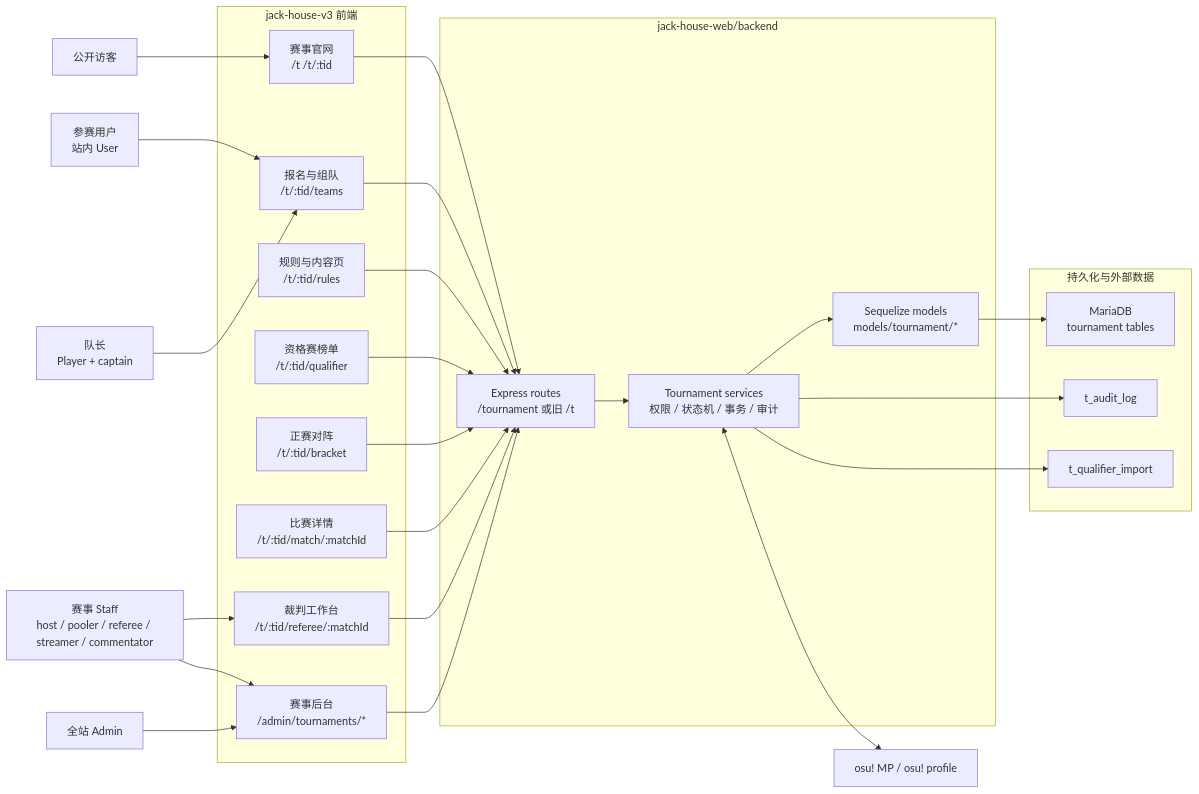
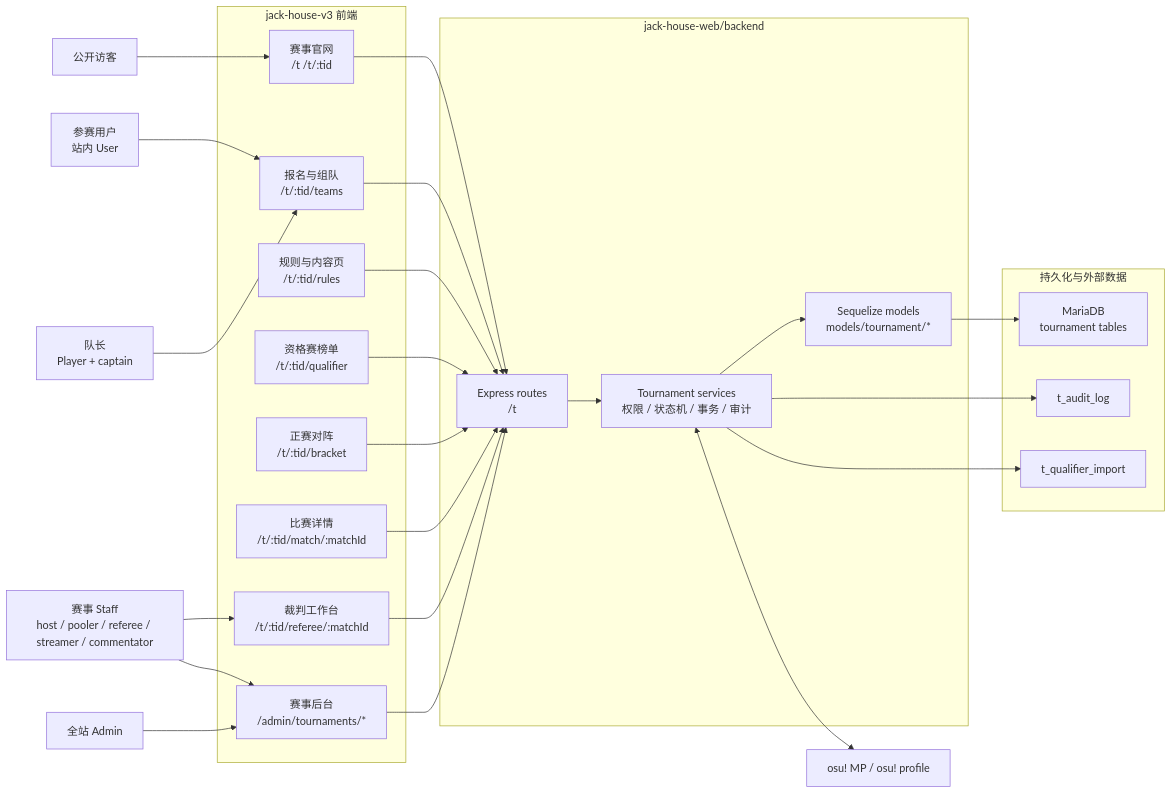
One commit to 1skyyks1/jack-house-v3 changed the first of 16 diagrams in docs/tournament-architecture.md. Above: the diagram before and after it, drawn with Mermaid. The commit also changed other lines of this file and 35 other files, not shown here.

````diff
--- a/docs/tournament-architecture.md
+++ b/docs/tournament-architecture.md
@@ -7,55 +7,55 @@
 ```mermaid
 flowchart LR
   Player["参赛用户<br/>站内 User"]
   Captain["队长<br/>Player + captain"]
   Staff["赛事 Staff<br/>host / pooler / referee / streamer / commentator"]
   Admin["全站 Admin"]
   Visitor["公开访客"]
   Osu["osu! MP / osu! profile"]
 
   subgraph V3["jack-house-v3 前端"]
     PublicSite["赛事官网<br/>/t /t/:tid"]
     TeamLobby["报名与组队<br/>/t/:tid/teams"]
     RulesPage["规则与内容页<br/>/t/:tid/rules"]
     QualifierPage["资格赛榜单<br/>/t/:tid/qualifier"]
     BracketPage["正赛对阵<br/>/t/:tid/bracket"]
     MatchPage["比赛详情<br/>/t/:tid/match/:matchId"]
     RefereeDesk["裁判工作台<br/>/t/:tid/referee/:matchId"]
     AdminPanel["赛事后台<br/>/admin/tournaments/*"]
   end
 
   subgraph Backend["jack-house-web/backend"]
-    Express["Express routes<br/>/tournament 或旧 /t"]
+    Express["Express routes<br/>/t"]
     Services["Tournament services<br/>权限 / 状态机 / 事务 / 审计"]
     Models["Sequelize models<br/>models/tournament/*"]
   end
 
   subgraph Storage["持久化与外部数据"]
     MariaDB["MariaDB<br/>tournament tables"]
     Audit["t_audit_log"]
     ImportLog["t_qualifier_import"]
   end
 
   Visitor --> PublicSite
   Player --> TeamLobby
   Captain --> TeamLobby
   Staff --> AdminPanel
   Staff --> RefereeDesk
   Admin --> AdminPanel
 
   PublicSite --> Express
   TeamLobby --> Express
   RulesPage --> Express
   QualifierPage --> Express
   BracketPage --> Express
   MatchPage --> Express
   RefereeDesk --> Express
   AdminPanel --> Express
 
   Express --> Services
   Services --> Models
   Models --> MariaDB
   Services --> Audit
   Services --> ImportLog
   Services <--> Osu
 ```
````
